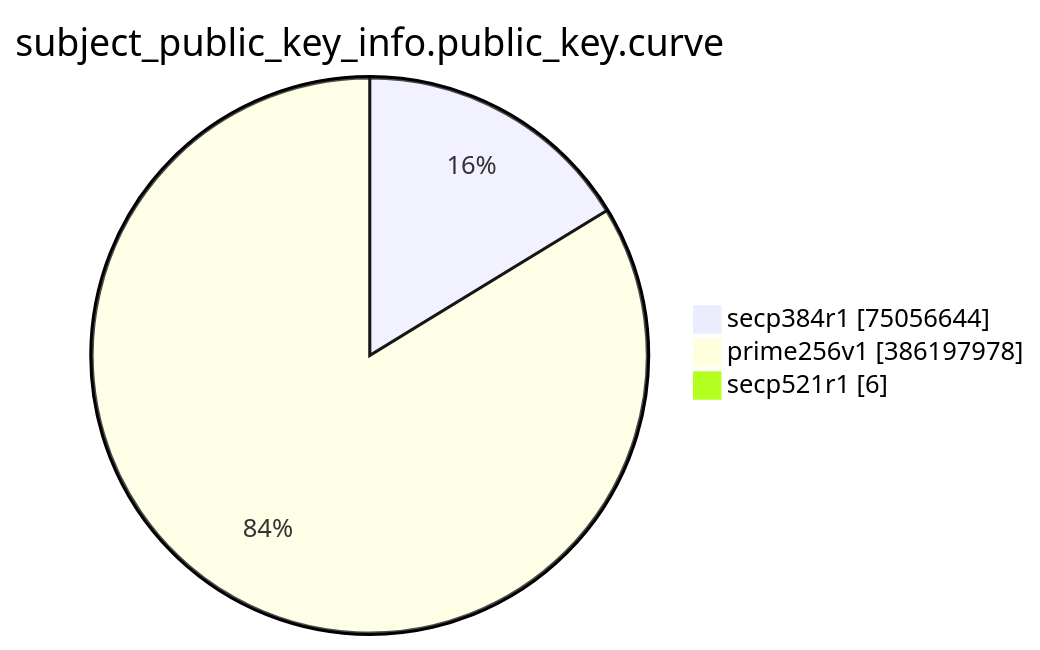
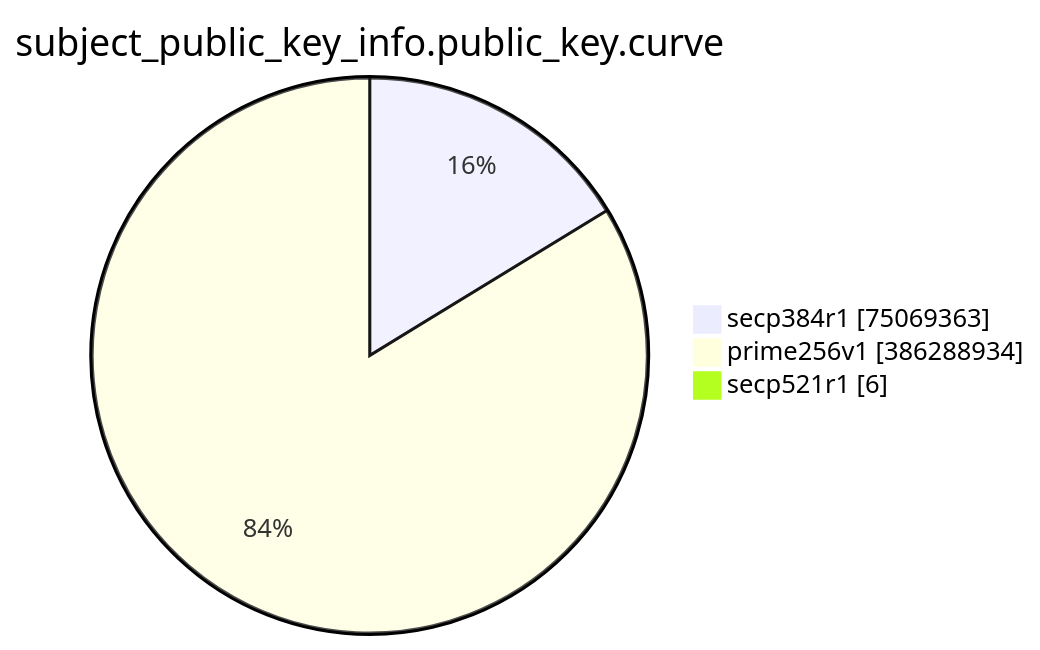
Before and after one commit to christiankrug/ctmonitor_visualization: the eighth of 15 diagrams in TOTAL/README.md, drawn with Mermaid. The commit also changed other lines of this file, not shown here.

````diff
--- a/TOTAL/README.md
+++ b/TOTAL/README.md
@@ -3094,7 +3094,7 @@
 ```mermaid
 pie showData
 title subject_public_key_info.public_key.curve
-"secp384r1" :75056644
-"prime256v1" :386197978
+"secp384r1" :75069363
+"prime256v1" :386288934
 "secp521r1" :6
 ```
````
